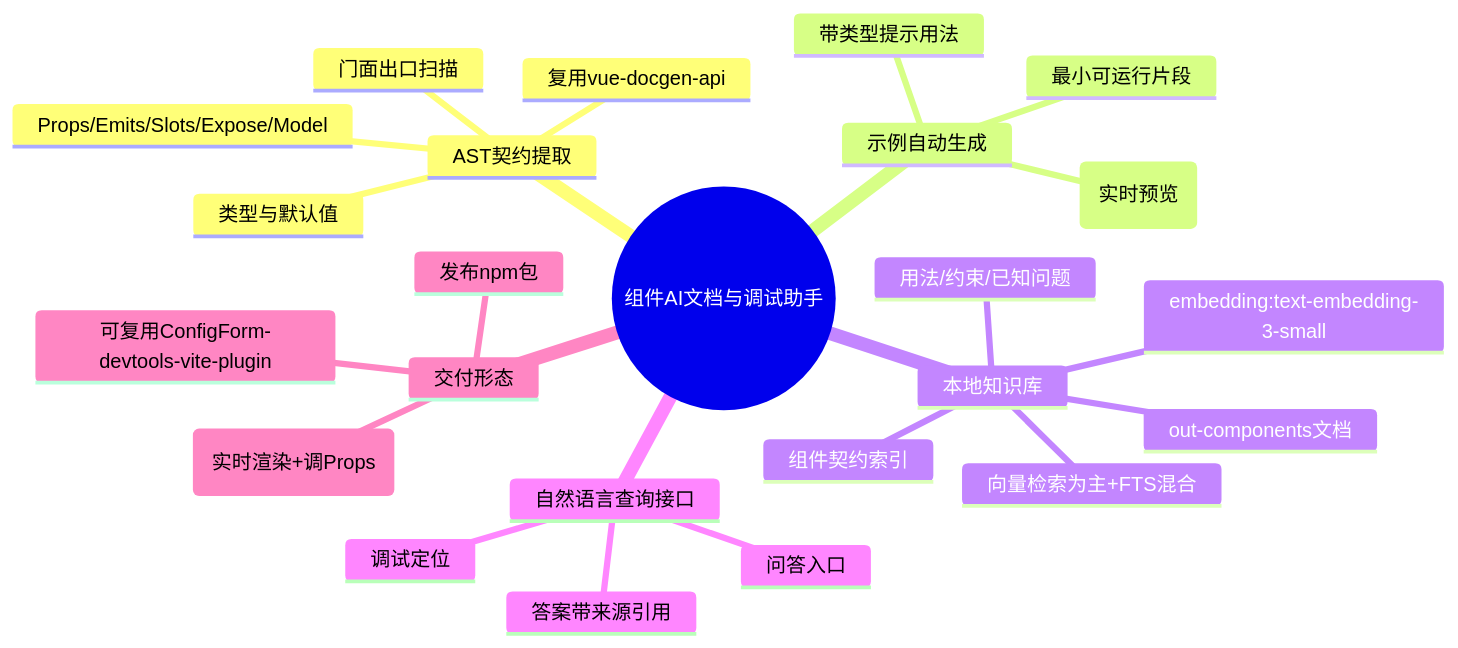
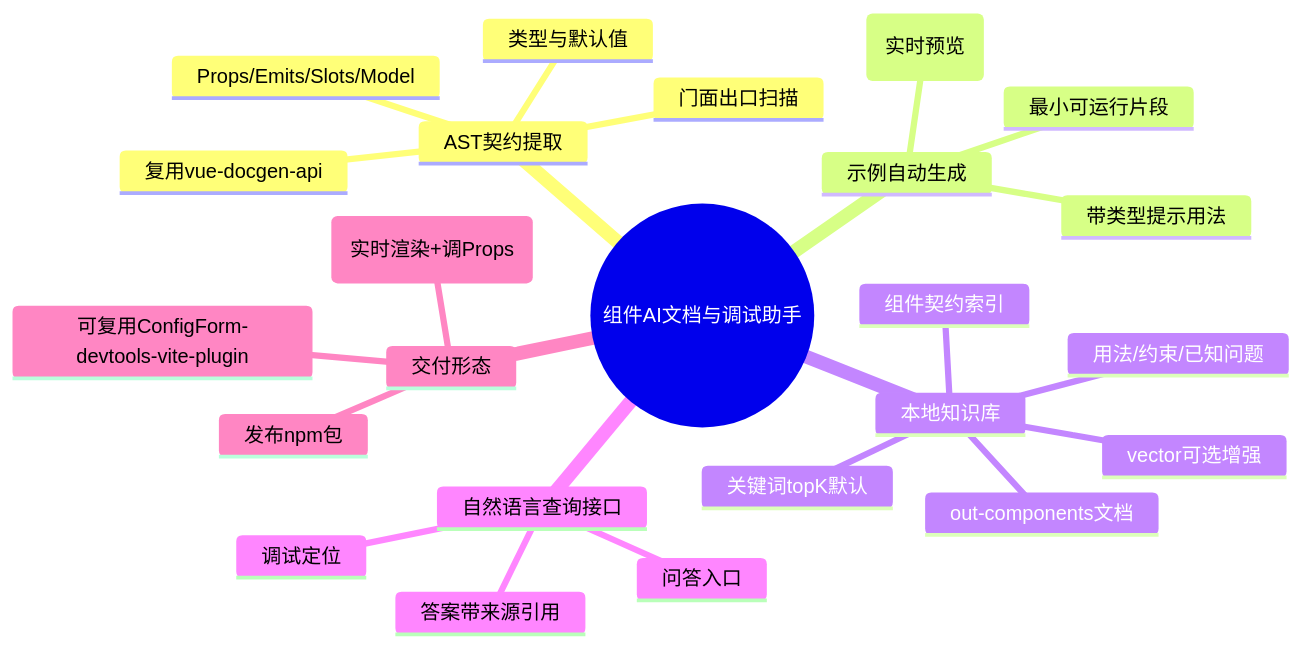
Before and after one commit to moluoxixi/vue-components: the first of 2 diagrams in docs/prds/组件AI文档与调试助手.md, drawn with Mermaid. The commit also changed other lines of this file and 39 other files, not shown here.

````diff
--- a/docs/prds/组件AI文档与调试助手.md
+++ b/docs/prds/组件AI文档与调试助手.md
@@ -22,27 +22,27 @@
 ```mermaid
 mindmap
   root((组件AI文档与调试助手))
     AST契约提取
       复用vue-docgen-api
-      Props/Emits/Slots/Expose/Model
+      Props/Emits/Slots/Model
       类型与默认值
       门面出口扫描
     示例自动生成
       带类型提示用法
       最小可运行片段
       .vue SFC片段(实时预览)
     本地知识库
       组件契约索引
       out-components文档
       用法/约束/已知问题
-      向量检索为主+FTS混合
-      embedding:text-embedding-3-small
+      关键词topK默认
+      vector可选增强
     自然语言查询接口
       问答入口
       调试定位
       答案带来源引用
     交付形态
       Web调试台(实时渲染+调Props)
       发布npm包
       可复用ConfigForm-devtools-vite-plugin
 ```
````
